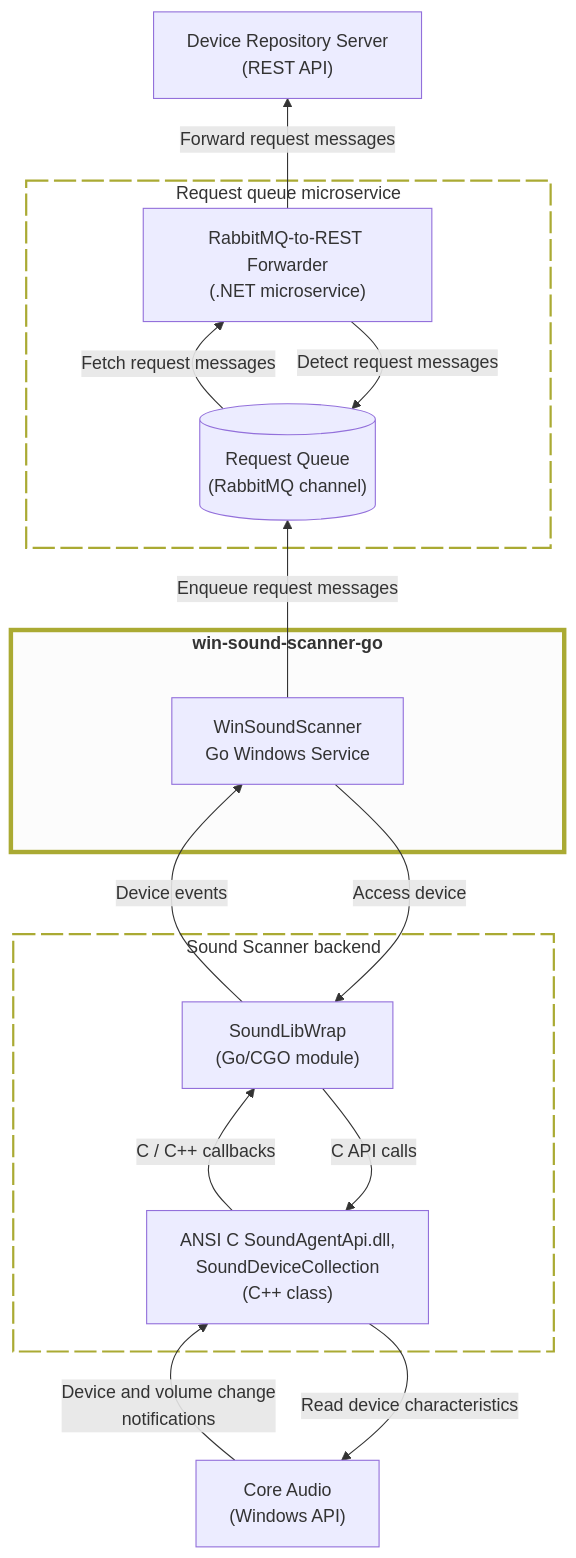
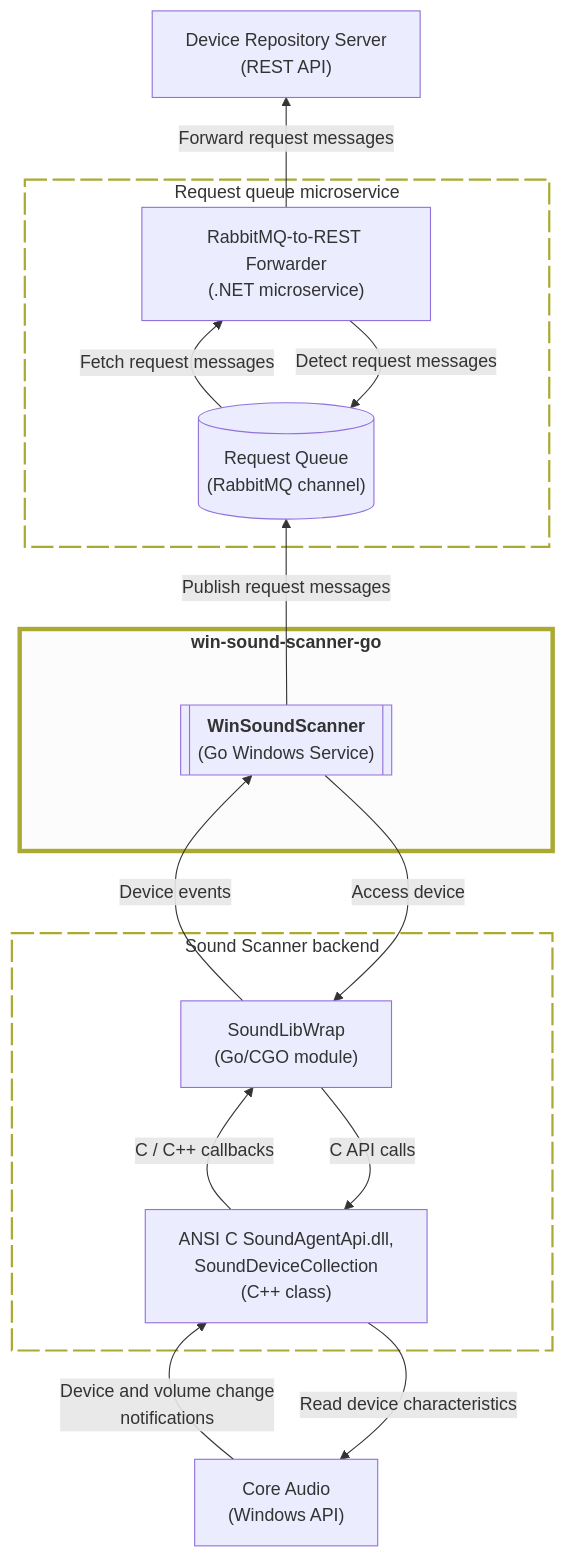
One commit to collect-sound-devices/win-sound-scanner-go changed the diagram in README.md. Above: the diagram before and after it, drawn with Mermaid. The commit also changed 1 other file, not shown here.

Commit message:
Minor update diagrams: Bold label, styling

````diff
--- a/README.md
+++ b/README.md
@@ -9,51 +9,51 @@
 ```mermaid
 flowchart BT
 
 classDef dottedBox fill:transparent,fill-opacity:0.55, stroke-dasharray:20 5,stroke-width:2px;
 classDef stressedBox fill:#f0f0f0,fill-opacity:0.2,stroke-width:4px;
 classDef invisibleNode fill:transparent,stroke:transparent;
 
 coreAudioApi["Core Audio<br>(Windows API)"]
 
 subgraph scannerBackend["Sound Scanner backend"]
     invisible3["<br><br><br><br><br>"]
     class invisible3 invisibleNode
     goCgoWrapper["SoundLibWrap<br>(Go/CGO module)"]
     soundAgentApiDll["ANSI C SoundAgentApi.dll,<br>SoundDeviceCollection<br>(C++ class)"]
     invisible4["<br><br><br><br><br>"]
     class invisible4 invisibleNode
 end
 class scannerBackend dottedBox
 
 coreAudioApi -->|Device and volume change<br>notifications| soundAgentApiDll
 soundAgentApiDll --> |Read device characteristics| coreAudioApi
 
 subgraph scannerService["<b>win-sound-scanner-go</b>"]
     invisible1["<br><br><br><br><br>"]
     class invisible1 invisibleNode
-    winSoundScannerService["WinSoundScanner<br>Go Windows Service"]
+    winSoundScannerService[["<b>WinSoundScanner</b><br>(Go Windows Service)"]]
     invisible2["<br><br><br><br><br>"]
     class invisible2 invisibleNode
 end
 class scannerService stressedBox
 
 subgraph requestQueueMicroservice["Request queue microservice"]
     requestQueue[("Request Queue<br>(RabbitMQ channel)")]
     rabbitMqRestForwarder["RabbitMQ-to-REST Forwarder<br>(.NET microservice)"]
 end
 class requestQueueMicroservice dottedBox
 
 deviceRepositoryApi["Device Repository Server<br>(REST API)"]
 
 winSoundScannerService --> |Access device| goCgoWrapper
 goCgoWrapper -->|Device events| winSoundScannerService
 
 goCgoWrapper --> |C API calls| soundAgentApiDll
 soundAgentApiDll -->|C / C++ callbacks| goCgoWrapper
 
-winSoundScannerService -->|Enqueue request messages| requestQueue
+winSoundScannerService -->|Publish request messages| requestQueue
 
 requestQueue -->|Fetch request messages| rabbitMqRestForwarder
 rabbitMqRestForwarder --> |Detect request messages| requestQueue
 rabbitMqRestForwarder -->|Forward request messages| deviceRepositoryApi
 ```
````
